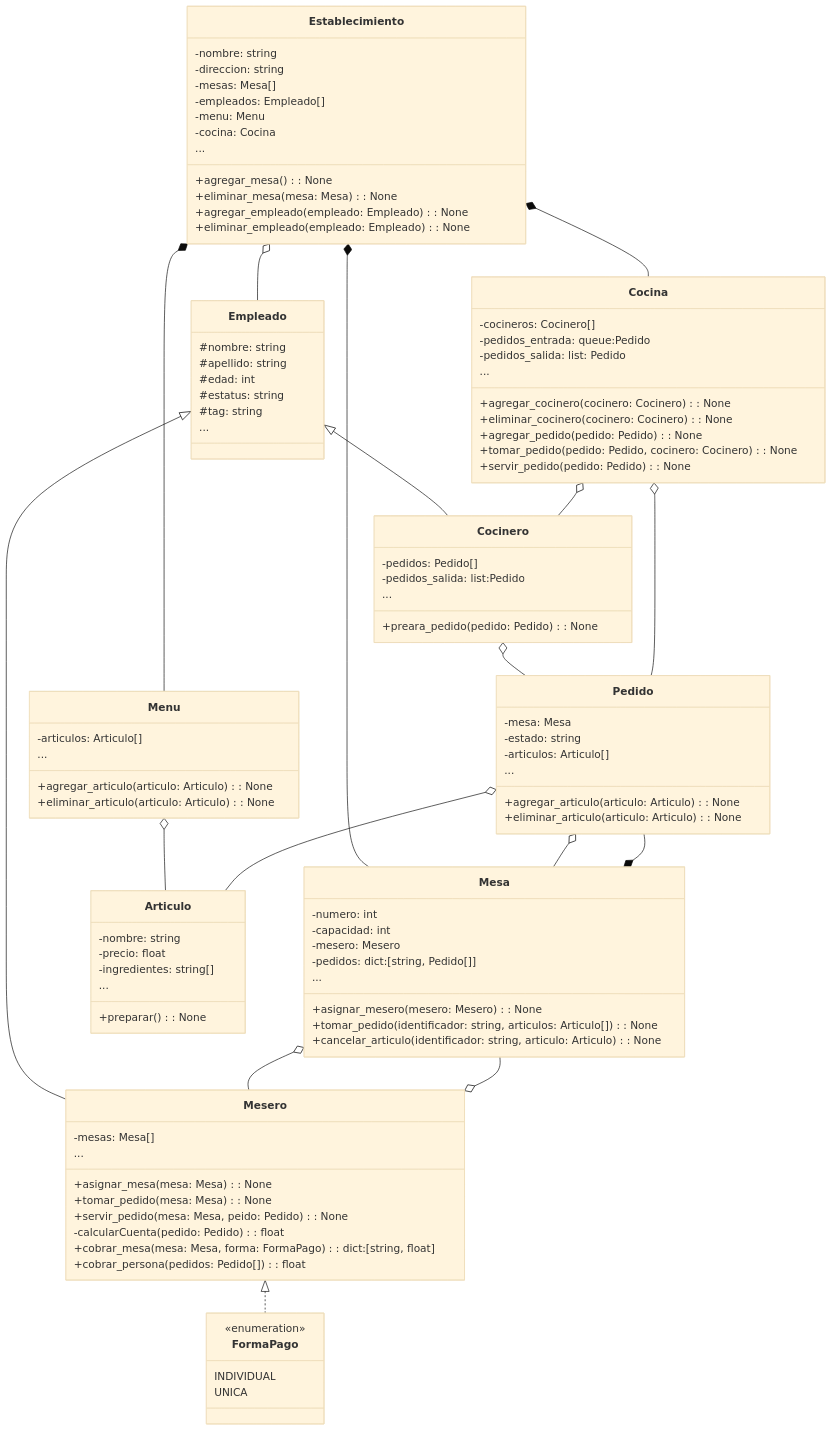
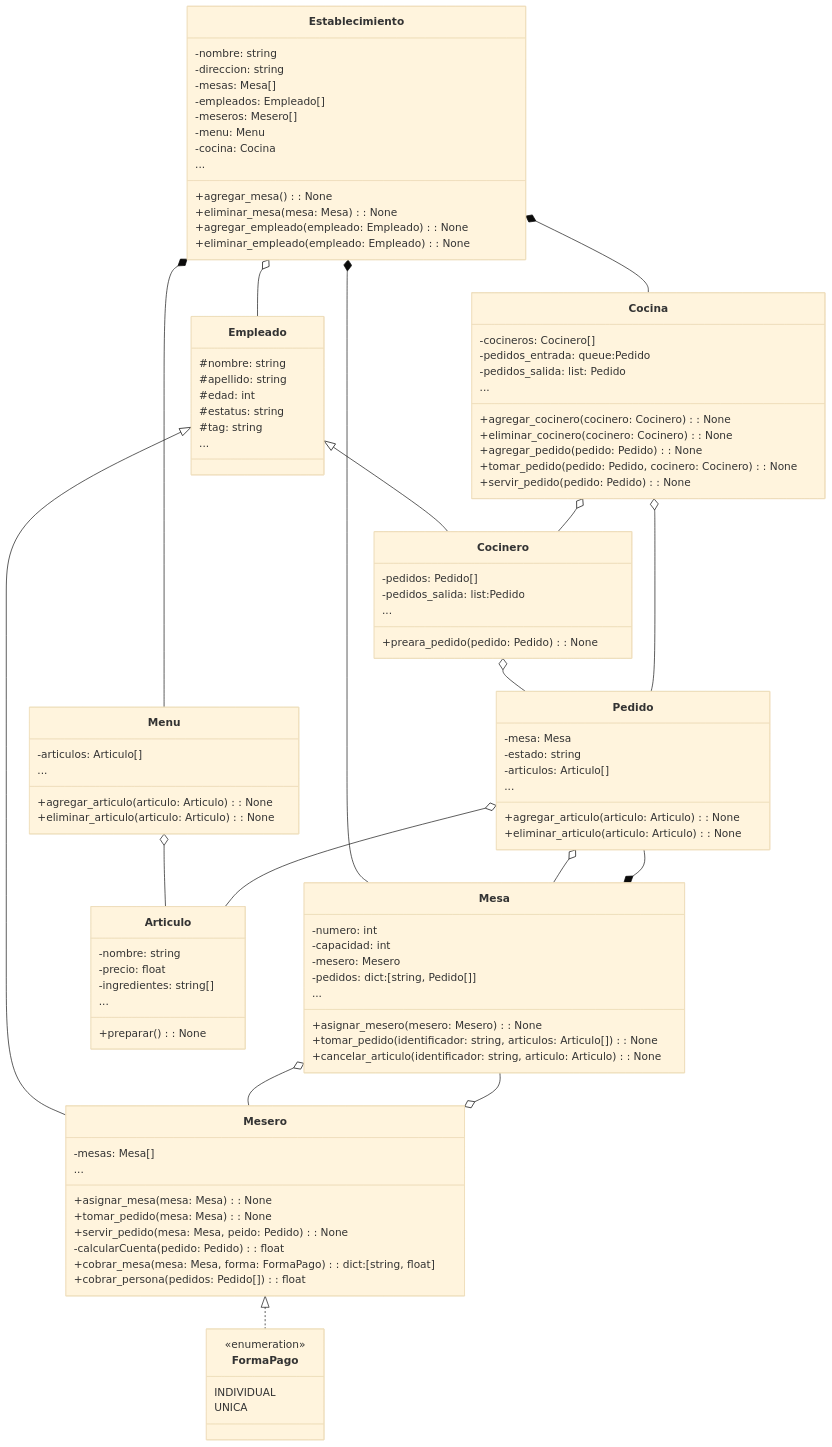
Before and after one commit to joseAcevesG/SOFT_RESTAURANT: the diagram in UML.md, drawn with Mermaid (base theme).

```diff
--- a/UML.md
+++ b/UML.md
@@ -9,6 +9,7 @@
         -direccion: string
         -mesas: Mesa[]
         -empleados: Empleado[]
+        -meseros: Mesero[]
         -menu: Menu
         -cocina: Cocina
         +agregar_mesa(): None
```
